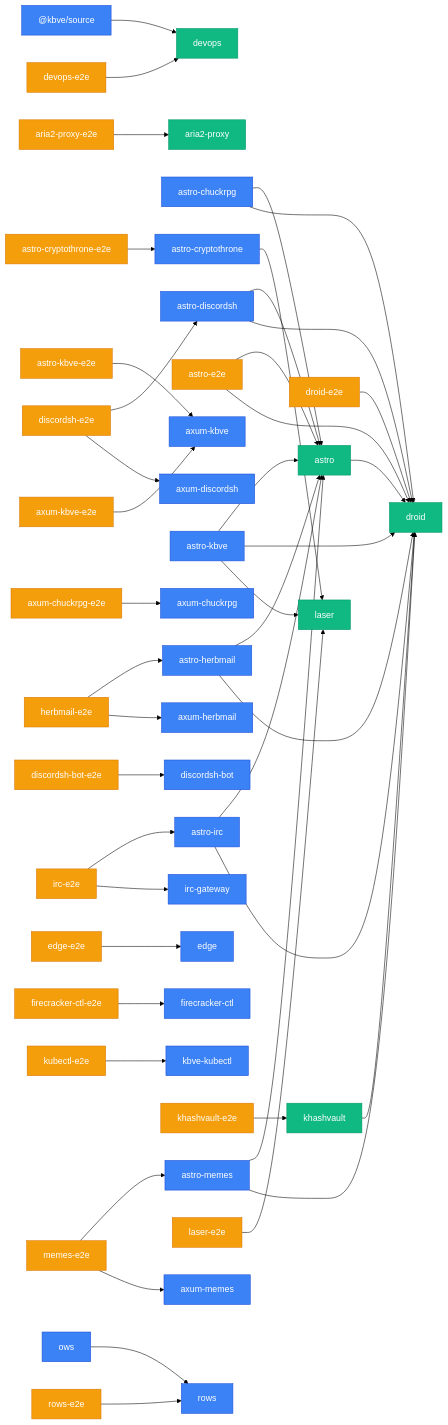
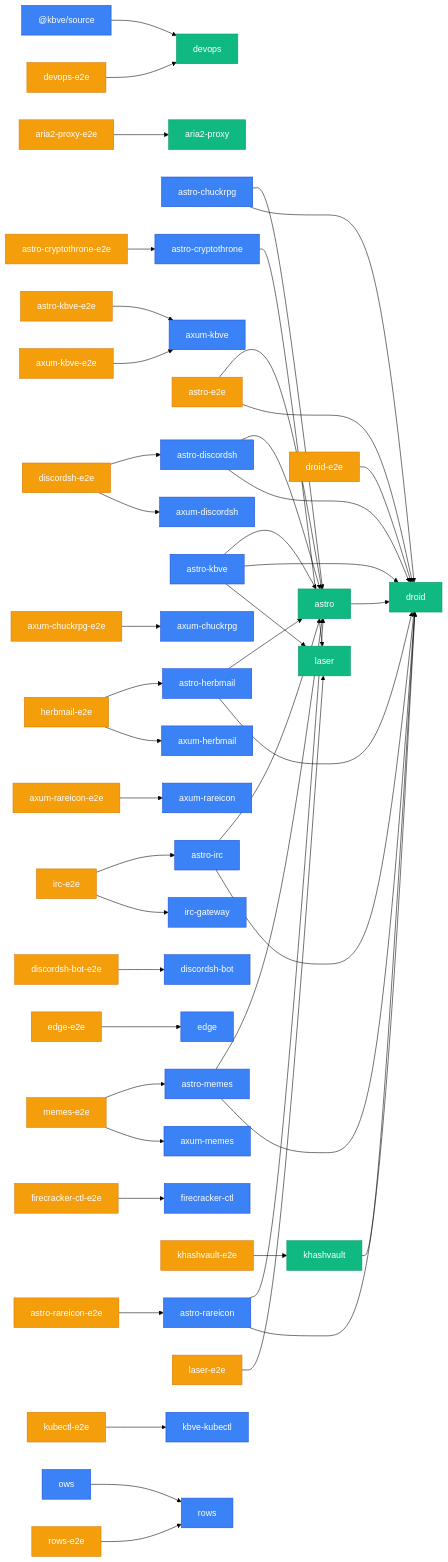
One commit to KBVE/kbve changed the third of 3 diagrams in apps/kbve/astro-kbve/src/content/docs/dashboard/graph.mdx. Above: the diagram before and after it, drawn with Mermaid (forest theme). The commit also changed other lines of this file and 8 other files, not shown here.

````diff
--- a/apps/kbve/astro-kbve/src/content/docs/dashboard/graph.mdx
+++ b/apps/kbve/astro-kbve/src/content/docs/dashboard/graph.mdx
@@ -79,51 +79,55 @@
 ```mermaid
 graph LR
     classDef app fill:#3b82f6,stroke:#1d4ed8,color:#fff
     classDef lib fill:#10b981,stroke:#059669,color:#fff
     classDef e2e fill:#f59e0b,stroke:#d97706,color:#fff
     _kbve_source["@kbve/source"] --> devops["devops"]
     aria2_proxy_e2e["aria2-proxy-e2e"] --> aria2_proxy["aria2-proxy"]
     astro["astro"] --> droid["droid"]
     astro_chuckrpg["astro-chuckrpg"] --> astro["astro"]
     astro_chuckrpg["astro-chuckrpg"] --> droid["droid"]
     astro_cryptothrone["astro-cryptothrone"] --> laser["laser"]
     astro_cryptothrone_e2e["astro-cryptothrone-e2e"] --> astro_cryptothrone["astro-cryptothrone"]
     astro_discordsh["astro-discordsh"] --> astro["astro"]
     astro_discordsh["astro-discordsh"] --> droid["droid"]
     astro_e2e["astro-e2e"] --> astro["astro"]
     astro_e2e["astro-e2e"] --> droid["droid"]
     astro_herbmail["astro-herbmail"] --> astro["astro"]
     astro_herbmail["astro-herbmail"] --> droid["droid"]
     astro_irc["astro-irc"] --> astro["astro"]
     astro_irc["astro-irc"] --> droid["droid"]
     astro_kbve["astro-kbve"] --> astro["astro"]
     astro_kbve["astro-kbve"] --> droid["droid"]
     astro_kbve["astro-kbve"] --> laser["laser"]
     astro_kbve_e2e["astro-kbve-e2e"] --> axum_kbve["axum-kbve"]
     astro_memes["astro-memes"] --> astro["astro"]
     astro_memes["astro-memes"] --> droid["droid"]
+    astro_rareicon["astro-rareicon"] --> astro["astro"]
+    astro_rareicon["astro-rareicon"] --> droid["droid"]
+    astro_rareicon_e2e["astro-rareicon-e2e"] --> astro_rareicon["astro-rareicon"]
     axum_chuckrpg_e2e["axum-chuckrpg-e2e"] --> axum_chuckrpg["axum-chuckrpg"]
     axum_kbve_e2e["axum-kbve-e2e"] --> axum_kbve["axum-kbve"]
+    axum_rareicon_e2e["axum-rareicon-e2e"] --> axum_rareicon["axum-rareicon"]
     devops_e2e["devops-e2e"] --> devops["devops"]
     discordsh_bot_e2e["discordsh-bot-e2e"] --> discordsh_bot["discordsh-bot"]
     discordsh_e2e["discordsh-e2e"] --> astro_discordsh["astro-discordsh"]
     discordsh_e2e["discordsh-e2e"] --> axum_discordsh["axum-discordsh"]
     droid_e2e["droid-e2e"] --> droid["droid"]
     edge_e2e["edge-e2e"] --> edge["edge"]
     firecracker_ctl_e2e["firecracker-ctl-e2e"] --> firecracker_ctl["firecracker-ctl"]
     herbmail_e2e["herbmail-e2e"] --> astro_herbmail["astro-herbmail"]
     herbmail_e2e["herbmail-e2e"] --> axum_herbmail["axum-herbmail"]
     irc_e2e["irc-e2e"] --> astro_irc["astro-irc"]
     irc_e2e["irc-e2e"] --> irc_gateway["irc-gateway"]
     khashvault["khashvault"] --> droid["droid"]
     khashvault_e2e["khashvault-e2e"] --> khashvault["khashvault"]
     kubectl_e2e["kubectl-e2e"] --> kbve_kubectl["kbve-kubectl"]
     laser_e2e["laser-e2e"] --> laser["laser"]
     memes_e2e["memes-e2e"] --> astro_memes["astro-memes"]
     memes_e2e["memes-e2e"] --> axum_memes["axum-memes"]
     ows["ows"] --> rows["rows"]
     rows_e2e["rows-e2e"] --> rows["rows"]
-    class _kbve_source,angelscript,astro_chuckrpg,astro_cryptothrone,astro_discordsh,astro_herbmail,astro_irc,astro_kbve,astro_memes,axum_chuckrpg,axum_cryptothrone,axum_discordsh,axum_herbmail,axum_kbve,axum_memes,cryptothrone,desktop_kbve,discordsh,discordsh_bot,edge,firecracker_ctl,herbmail,iot_edge_worker,irc,irc_gateway,isometric,kbve_kubectl,kilobase,mc,mc_lobby,mc_velocity,memes,notification_bot,ows,pydesk,rows app
+    class _kbve_source,angelscript,astro_chuckrpg,astro_cryptothrone,astro_discordsh,astro_herbmail,astro_irc,astro_kbve,astro_memes,astro_rareicon,axum_chuckrpg,axum_cryptothrone,axum_discordsh,axum_herbmail,axum_kbve,axum_memes,axum_rareicon,cryptothrone,desktop_kbve,discordsh,discordsh_bot,edge,firecracker_ctl,herbmail,iot_edge_worker,irc,irc_gateway,isometric,kbve_kubectl,kilobase,mc,mc_lobby,mc_velocity,memes,notification_bot,ows,pydesk,rows app
     class aria2_proxy,astro,bevy_battle,bevy_cam,bevy_inventory,bevy_items,bevy_kbve_net,bevy_mapdb,bevy_npc,bevy_player,bevy_quests,bevy_skills,bevy_statemachine,bevy_tasker,chisel_ubuntu_axum,data_proto,devops,droid,erust,holy,jedi,kbve,khashvault,laser,python_fudster,python_kbve,q,uniti lib
-    class aria2_proxy_e2e,astro_cryptothrone_e2e,astro_e2e,astro_kbve_e2e,axum_chuckrpg_e2e,axum_kbve_e2e,devops_e2e,discordsh_bot_e2e,discordsh_e2e,droid_e2e,edge_e2e,firecracker_ctl_e2e,herbmail_e2e,irc_e2e,khashvault_e2e,kubectl_e2e,laser_e2e,memes_e2e,rows_e2e e2e
+    class aria2_proxy_e2e,astro_cryptothrone_e2e,astro_e2e,astro_kbve_e2e,astro_rareicon_e2e,axum_chuckrpg_e2e,axum_kbve_e2e,axum_rareicon_e2e,devops_e2e,discordsh_bot_e2e,discordsh_e2e,droid_e2e,edge_e2e,firecracker_ctl_e2e,herbmail_e2e,irc_e2e,khashvault_e2e,kubectl_e2e,laser_e2e,memes_e2e,rows_e2e e2e
 ```
````
